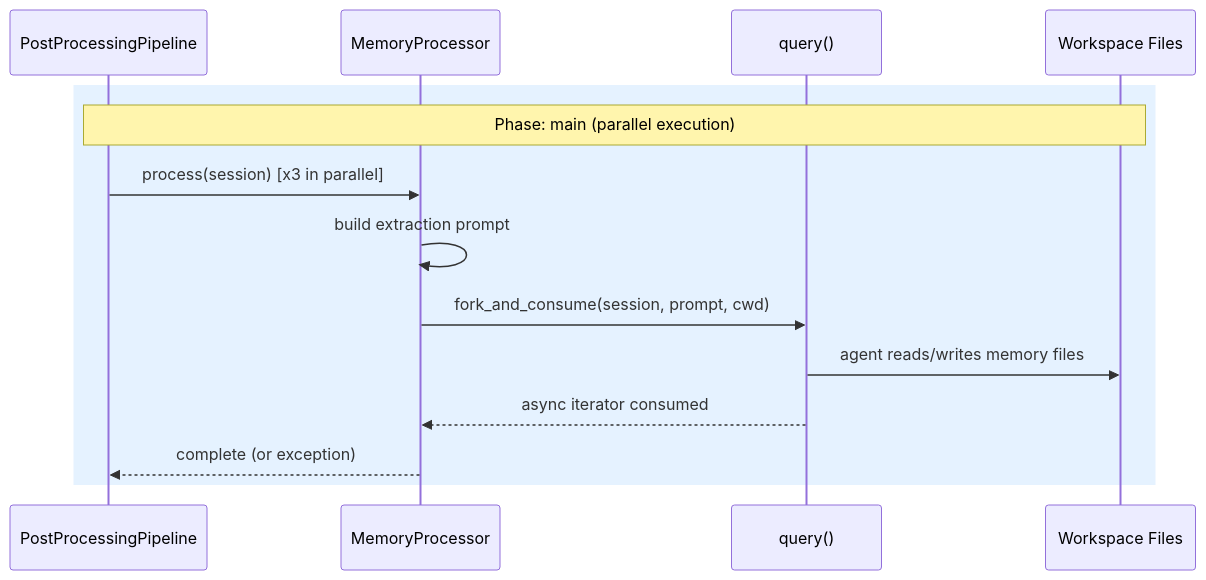
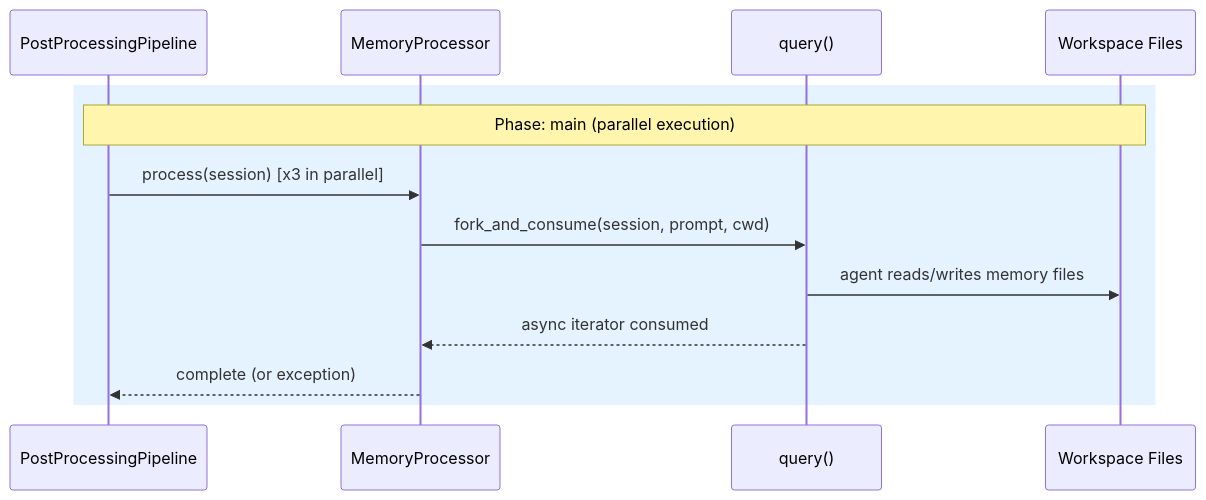
Before and after one commit to asermax/tachikoma: the diagram in docs/feature-designs/memory/memory-extraction.md, drawn with Mermaid. The commit also changed other lines of this file and 12 other files, not shown here.

````diff
--- a/docs/feature-designs/memory/memory-extraction.md
+++ b/docs/feature-designs/memory/memory-extraction.md
@@ -77,17 +81,16 @@
 ```mermaid
 sequenceDiagram
     participant Pipeline as PostProcessingPipeline
     participant Proc as MemoryProcessor
     participant SDK as query()
     participant FS as Workspace Files
 
     rect rgba(0, 128, 255, 0.1)
         Note over Pipeline,FS: Phase: main (parallel execution)
         Pipeline->>Proc: process(session) [x3 in parallel]
-        Proc->>Proc: build extraction prompt
         Proc->>SDK: fork_and_consume(session, prompt, cwd)
         SDK->>FS: agent reads/writes memory files
         SDK-->>Proc: async iterator consumed
         Proc-->>Pipeline: complete (or exception)
     end
 ```
````
